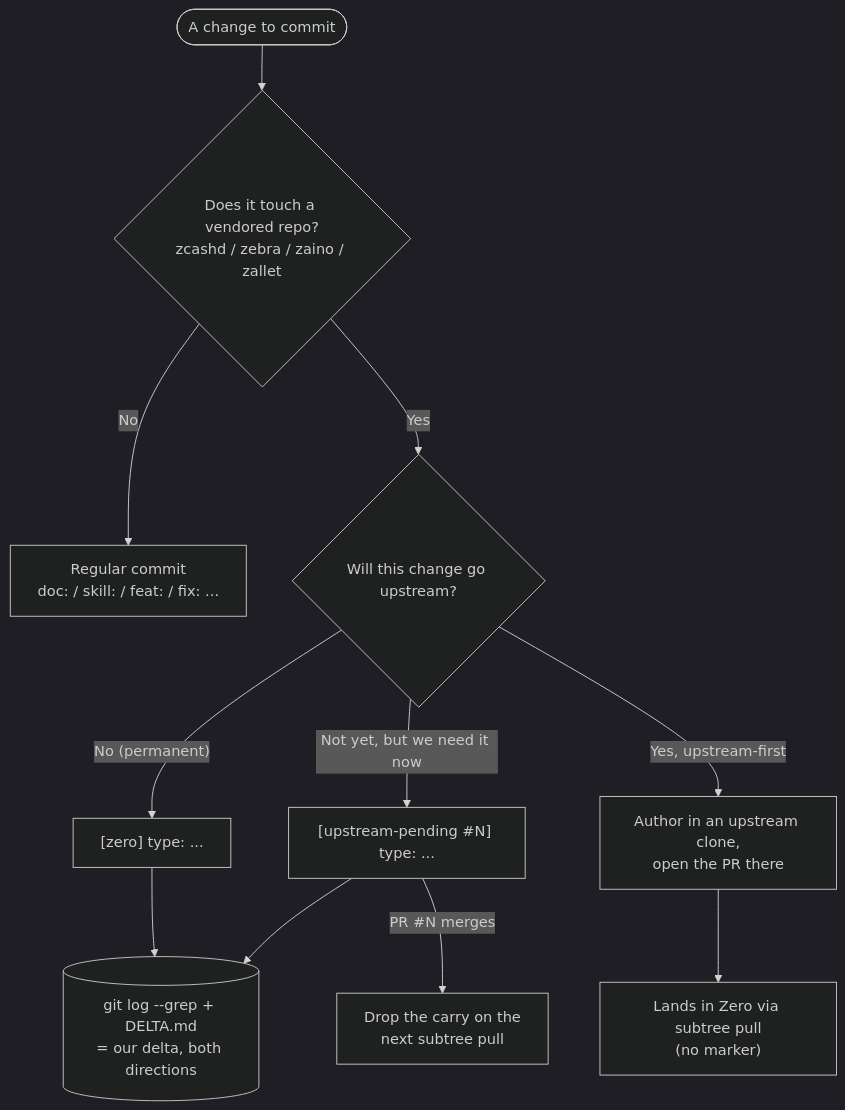
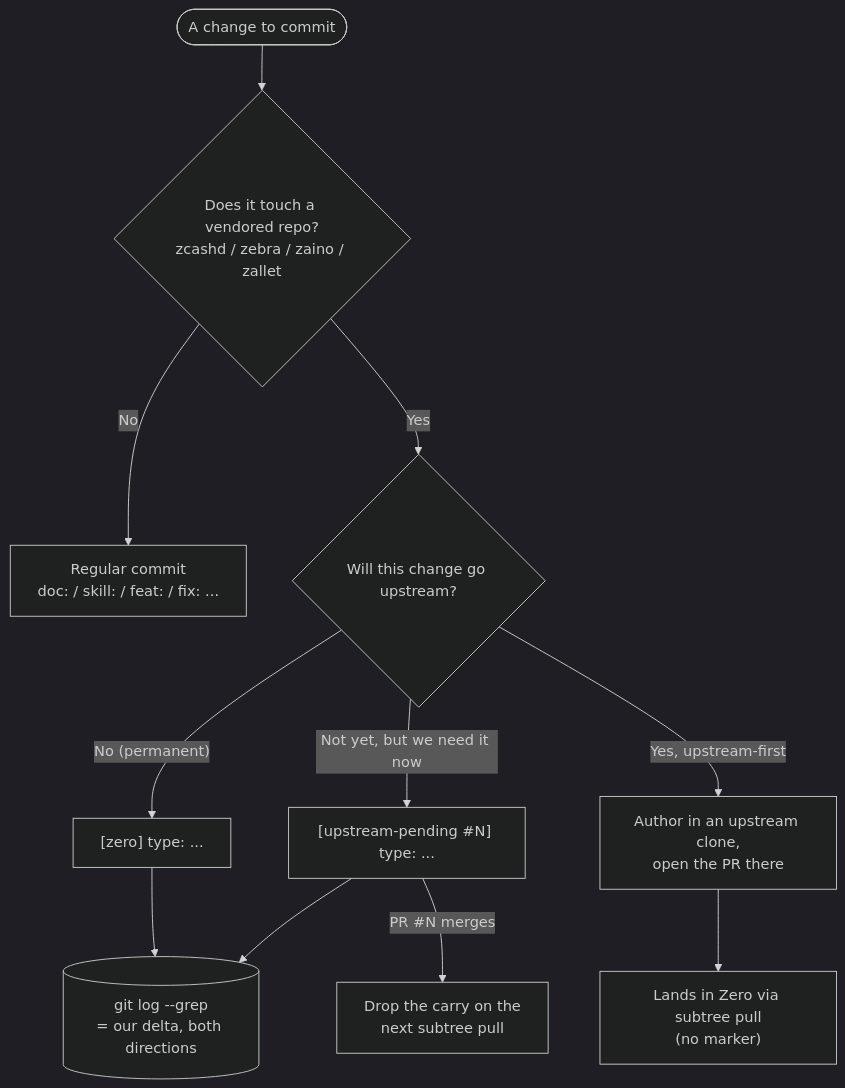
One commit to ShieldedLabs/zero changed the diagram in README.md. Above: the diagram before and after it, drawn with Mermaid (dark theme). The commit also changed other lines of this file and 4 other files, not shown here.

First line of the commit message:
doc: drop DELTA.md; derive the delta from git log instead

````diff
--- a/README.md
+++ b/README.md
@@ -97,13 +97,13 @@
 ```mermaid
 flowchart TD
     A([A change to commit]) --> B{"Does it touch a vendored repo?<br/>zcashd / zebra / zaino / zallet"}
     B -->|No| C["Regular commit<br/>doc: / skill: / feat: / fix: ..."]
     B -->|Yes| D{"Will this change go upstream?"}
     D -->|"No (permanent)"| E["[zero] type: ..."]
     D -->|"Not yet, but we need it now"| F["[upstream-pending #N] type: ..."]
     D -->|"Yes, upstream-first"| G["Author in an upstream clone,<br/>open the PR there"]
     G --> H["Lands in Zero via subtree pull<br/>(no marker)"]
     F -->|"PR #N merges"| I["Drop the carry on the<br/>next subtree pull"]
-    E --> J[("git log --grep + DELTA.md<br/>= our delta, both directions")]
+    E --> J[("git log --grep<br/>= our delta, both directions")]
     F --> J
 ```
````
